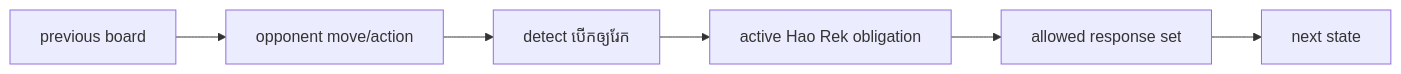
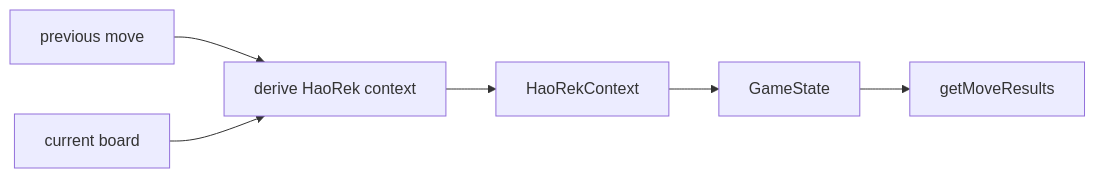
One commit to machxanht/Rek-Khmer-Chess changed the seventh of 7 diagrams in ENGINE_ARCHITECTURE_REK_KHMER.md. Above: the diagram before and after it, drawn with Mermaid. The commit also changed other lines of this file and 50 other files, not shown here.

````diff
--- a/ENGINE_ARCHITECTURE_REK_KHMER.md
+++ b/ENGINE_ARCHITECTURE_REK_KHMER.md
@@ -361,8 +363,8 @@
 ```mermaid
 flowchart LR
-    PREV[previous board] --> MOVE[opponent move/action]
-    MOVE --> DETECT[detect បើកឲ្យរែក]
-    DETECT --> CTX[active Hao Rek obligation]
-    CTX --> RESPONSE[allowed response set]
-    RESPONSE --> NEXT[next state]
+    PREV[previous move] --> DETECT[derive HaoRek context]
+    BOARD[current board] --> DETECT
+    DETECT --> CTX[HaoRekContext]
+    CTX --> STATE[GameState]
+    STATE --> LEGAL[getMoveResults]
 ```
````
